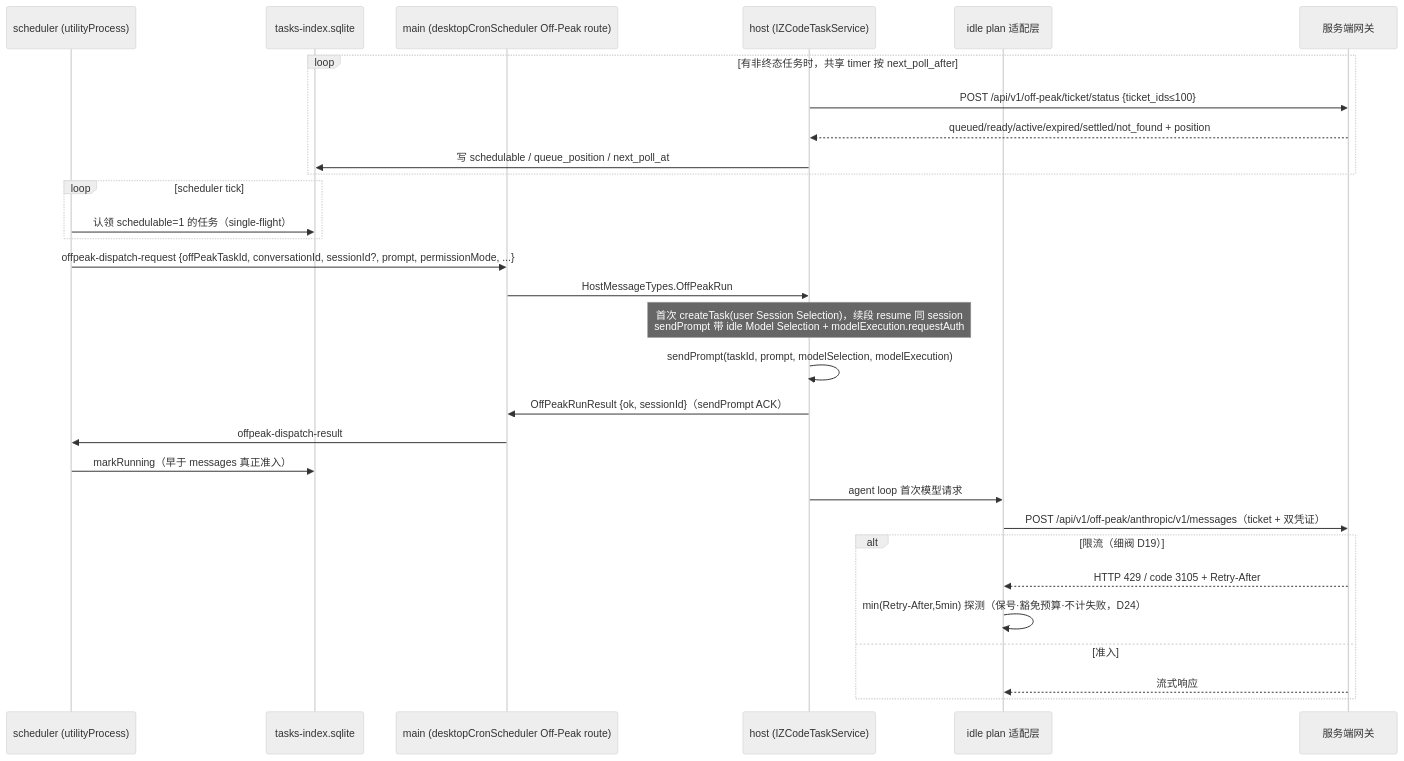
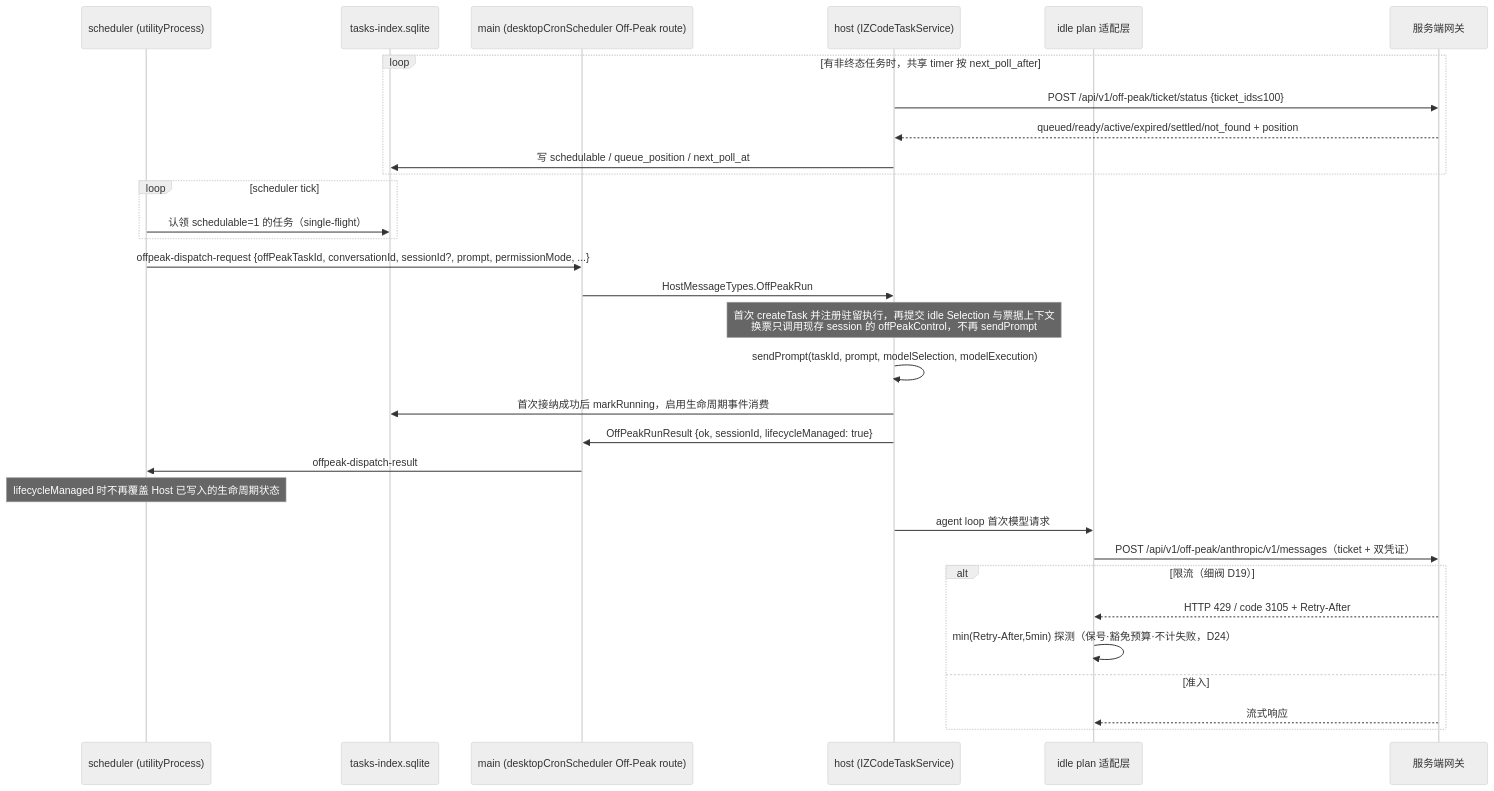
The third of 11 diagrams in docs/off-peak-task/tech-design.md (yak33/JGAgent), drawn with Mermaid (neutral theme) before and after one commit. The commit also changed other lines of this file and 4539 other files, not shown here.

````diff
--- a/docs/off-peak-task/tech-design.md
+++ b/docs/off-peak-task/tech-design.md
@@ -324,32 +324,33 @@
 ```mermaid
 sequenceDiagram
   participant S as scheduler (utilityProcess)
   participant DB as tasks-index.sqlite
   participant M as main (desktopCronScheduler Off-Peak route)
   participant H as host (IZCodeTaskService)
   participant A as idle plan 适配层
   participant G as 服务端网关
   loop 有非终态任务时，共享 timer 按 next_poll_after
     H->>G: POST /api/v1/off-peak/ticket/status {ticket_ids≤100}
     G-->>H: queued/ready/active/expired/settled/not_found + position
     H->>DB: 写 schedulable / queue_position / next_poll_at
   end
   loop scheduler tick
     S->>DB: 认领 schedulable=1 的任务（single-flight）
   end
   S->>M: offpeak-dispatch-request {offPeakTaskId, conversationId, sessionId?, prompt, permissionMode, ...}
   M->>H: HostMessageTypes.OffPeakRun
-  Note over H: 首次 createTask(user Session Selection)，续段 resume 同 session<br/>sendPrompt 带 idle Model Selection + modelExecution.requestAuth
+  Note over H: 首次 createTask 并注册驻留执行，再提交 idle Selection 与票据上下文<br/>换票只调用现存 session 的 offPeakControl，不再 sendPrompt
   H->>H: sendPrompt(taskId, prompt, modelSelection, modelExecution)
-  H->>M: OffPeakRunResult {ok, sessionId}（sendPrompt ACK）
+  H->>DB: 首次接纳成功后 markRunning，启用生命周期事件消费
+  H->>M: OffPeakRunResult {ok, sessionId, lifecycleManaged: true}
   M->>S: offpeak-dispatch-result
-  S->>DB: markRunning（早于 messages 真正准入）
+  Note over S: lifecycleManaged 时不再覆盖 Host 已写入的生命周期状态
   H->>A: agent loop 首次模型请求
   A->>G: POST /api/v1/off-peak/anthropic/v1/messages（ticket + 双凭证）
   alt 限流（细阀 D19）
     G-->>A: HTTP 429 / code 3105 + Retry-After
     A->>A: min(Retry-After,5min) 探测（保号·豁免预算·不计失败，D24）
   else 准入
     G-->>A: 流式响应
   end
 ```
````
